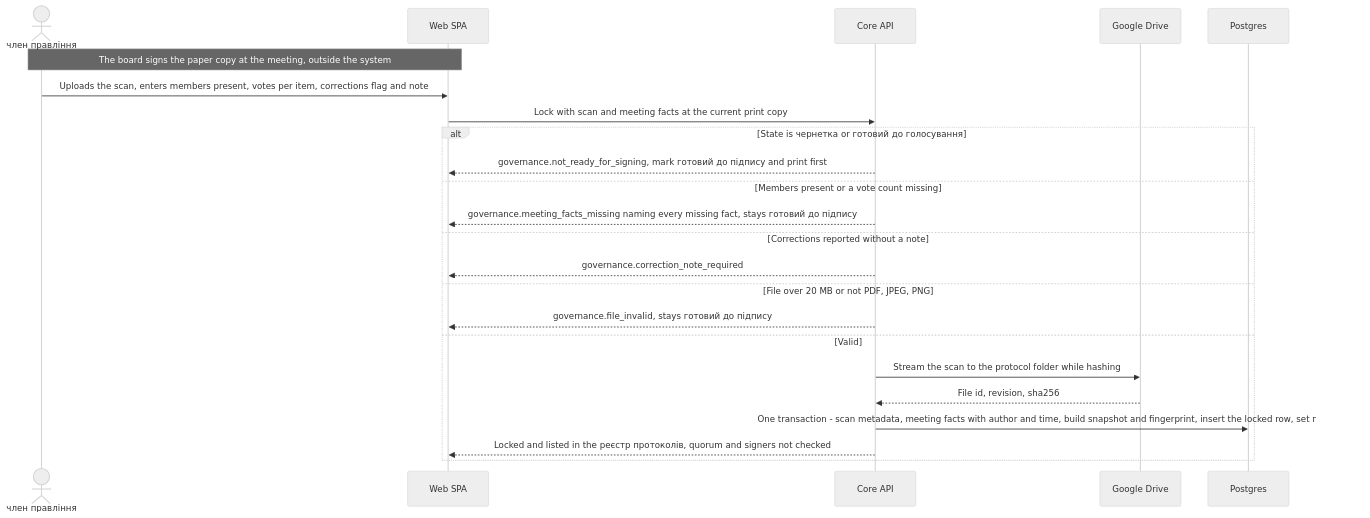
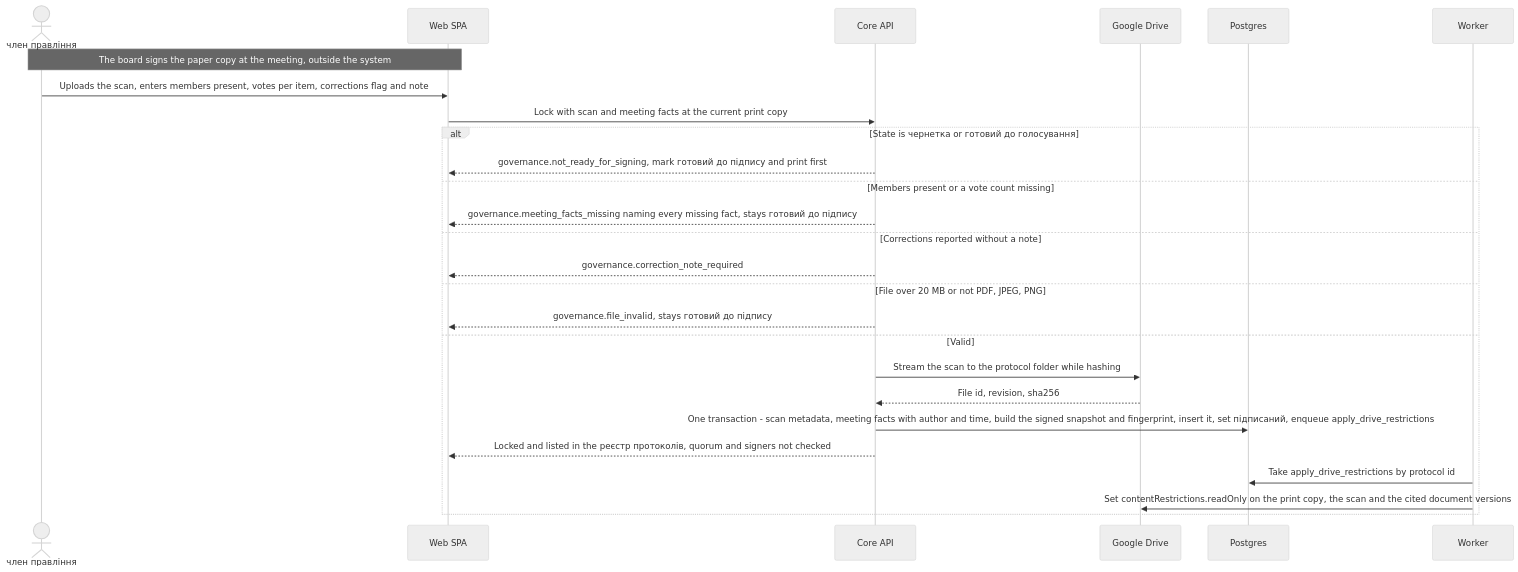
Before and after one commit to AndriiOpryshko/spilno: the seventh of 13 diagrams in docs/features/board-protocol/sad.md, drawn with Mermaid (neutral theme). The commit also changed other lines of this file and 6 other files, not shown here.

Commit message:
board-protocol: course SAD — cross-check fixes (withdrawn snapshots, Drive read-only, typed facts highlighted, register start lock)

````diff
--- a/docs/features/board-protocol/sad.md
+++ b/docs/features/board-protocol/sad.md
@@ -375,26 +377,29 @@
 ```mermaid
 sequenceDiagram
     actor M as член правління
     participant SPA as Web SPA
     participant API as Core API
     participant Drive as Google Drive
     participant DB as Postgres
+    participant W as Worker
 
     Note over M,SPA: The board signs the paper copy at the meeting, outside the system
     M->>SPA: Uploads the scan, enters members present, votes per item, corrections flag and note
     SPA->>API: Lock with scan and meeting facts at the current print copy
     alt State is чернетка or готовий до голосування
         API-->>SPA: governance.not_ready_for_signing, mark готовий до підпису and print first
     else Members present or a vote count missing
         API-->>SPA: governance.meeting_facts_missing naming every missing fact, stays готовий до підпису
     else Corrections reported without a note
         API-->>SPA: governance.correction_note_required
     else File over 20 MB or not PDF, JPEG, PNG
         API-->>SPA: governance.file_invalid, stays готовий до підпису
     else Valid
         API->>Drive: Stream the scan to the protocol folder while hashing
         Drive-->>API: File id, revision, sha256
-        API->>DB: One transaction - scan metadata, meeting facts with author and time, build snapshot and fingerprint, insert the locked row, set підписаний
+        API->>DB: One transaction - scan metadata, meeting facts with author and time, build the signed snapshot and fingerprint, insert it, set підписаний, enqueue apply_drive_restrictions
         API-->>SPA: Locked and listed in the реєстр протоколів, quorum and signers not checked
+        W->>DB: Take apply_drive_restrictions by protocol id
+        W->>Drive: Set contentRestrictions.readOnly on the print copy, the scan and the cited document versions
     end
 ```
````
